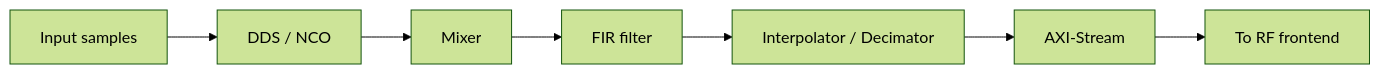
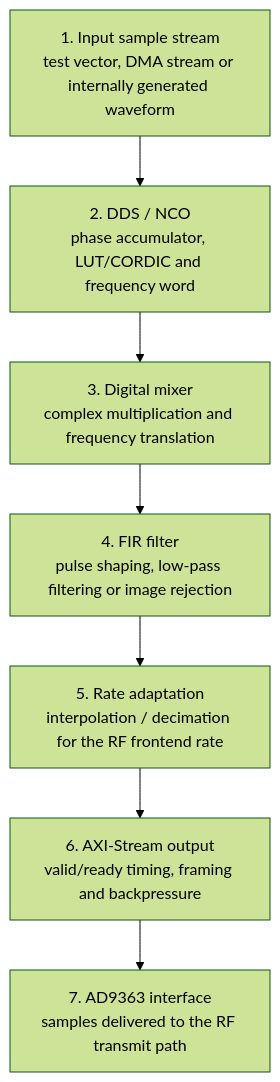
Before and after one commit to Lay007/zynq-sdr-course: the second of 4 diagrams in docs/model-to-measurement.md, drawn with Mermaid (forest theme). The commit also changed other lines of this file, not shown here.

Commit message:
Finalize IEEE-style diagram system

````diff
--- a/docs/model-to-measurement.md
+++ b/docs/model-to-measurement.md
@@ -44,12 +44,12 @@
 ```mermaid
-flowchart LR
-    IN[Input samples]
-    DDS[DDS / NCO]
-    MIX[Mixer]
-    FIR[FIR filter]
-    RATE[Interpolator / Decimator]
-    AXI[AXI-Stream]
-    OUT[To RF frontend]
+flowchart TB
+    IN["1. Input sample stream<br/>test vector, DMA stream or internally generated waveform"]
+    DDS["2. DDS / NCO<br/>phase accumulator, LUT/CORDIC and frequency word"]
+    MIX["3. Digital mixer<br/>complex multiplication and frequency translation"]
+    FIR["4. FIR filter<br/>pulse shaping, low-pass filtering or image rejection"]
+    RATE["5. Rate adaptation<br/>interpolation / decimation for the RF frontend rate"]
+    AXI["6. AXI-Stream output<br/>valid/ready timing, framing and backpressure"]
+    OUT["7. AD9363 interface<br/>samples delivered to the RF transmit path"]
 
     IN --> DDS --> MIX --> FIR --> RATE --> AXI --> OUT
 ```
````
